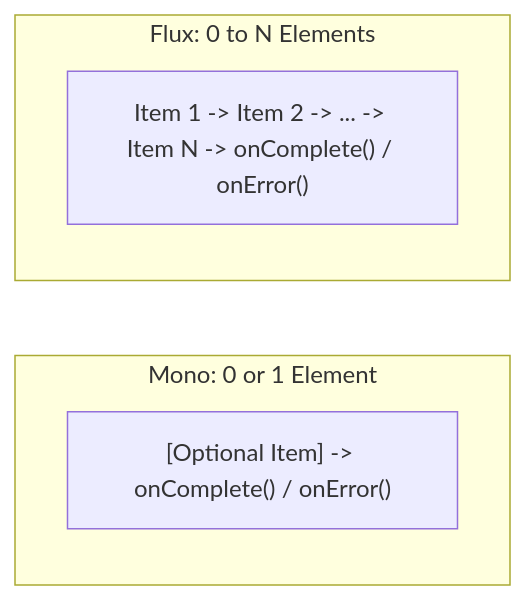
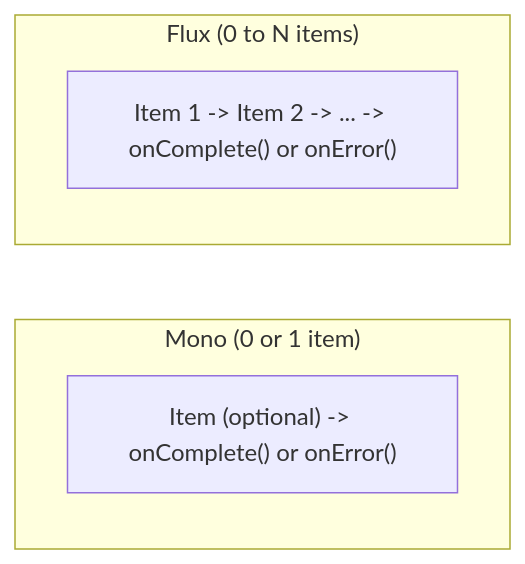
The third of 3 diagrams in content/roadmap/level-4/reactive-programming-basics.md (ravishankar2463/java_hub), drawn with Mermaid before and after one commit. The commit also changed other lines of this file and 119 other files, not shown here.

Commit message:
feat: add comprehensive java learning roadmap content across multiple levels

````diff
--- a/content/roadmap/level-4/reactive-programming-basics.md
+++ b/content/roadmap/level-4/reactive-programming-basics.md
@@ -136,10 +177,10 @@
 ```mermaid
 flowchart LR
-    subgraph MonoDef ["Mono<T>: 0 or 1 Element"]
-        M1["[Optional Item] -&gt; onComplete() / onError()"]
+    subgraph monoBox ["Mono (0 or 1 item)"]
+        m1["Item (optional) -> onComplete() or onError()"]
     end
 
-    subgraph FluxDef ["Flux<T>: 0 to N Elements"]
-        F1["Item 1 -&gt; Item 2 -&gt; ... -&gt; Item N -&gt; onComplete() / onError()"]
+    subgraph fluxBox ["Flux (0 to N items)"]
+        f1["Item 1 -> Item 2 -> ... -> onComplete() or onError()"]
     end
 ```
````
